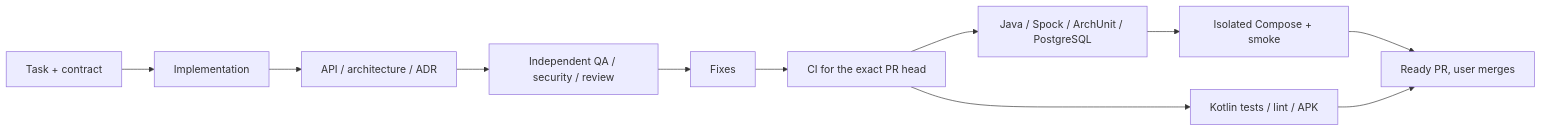
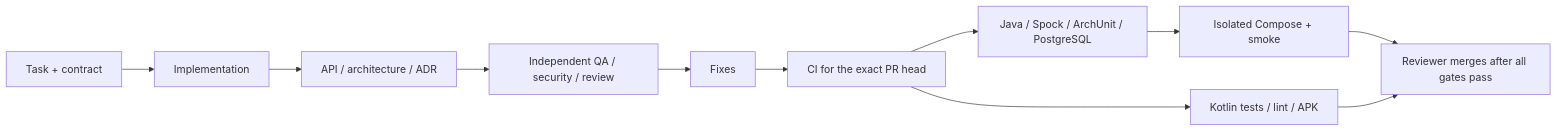
Diagram 17 of 18 in ARCHITECTURE.md (aarbabaev/ArMoney), drawn with Mermaid before and after one commit. The commit also changed other lines of this file and 22 other files, not shown here.

````diff
--- a/ARCHITECTURE.md
+++ b/ARCHITECTURE.md
@@ -658,13 +662,13 @@
 ```mermaid
 flowchart LR
     T["Task + contract"] --> DEV["Implementation"]
     DEV --> DOC["API / architecture / ADR"]
     DOC --> REV["Independent QA / security / review"]
     REV --> FIX["Fixes"]
     FIX --> CI["CI for the exact PR head"]
     CI --> TEST["Java / Spock / ArchUnit / PostgreSQL"]
     TEST --> SMOKE["Isolated Compose + smoke"]
-    SMOKE --> READY["Ready PR, user merges"]
+    SMOKE --> READY["Reviewer merges after all gates pass"]
     CI --> ANDROID["Kotlin tests / lint / APK"]
     ANDROID --> READY
 ```
````
